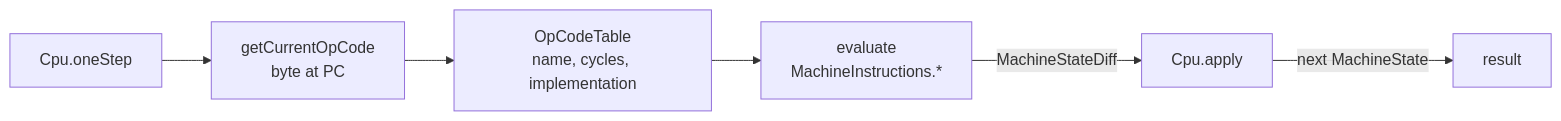
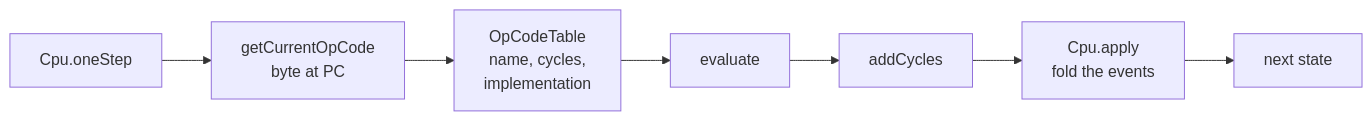
One commit to SamuelBucheliZ/elmulator changed the eighth of 11 diagrams in slides/slides.md. Above: the diagram before and after it, drawn with Mermaid. The commit also changed other lines of this file and 3 other files, not shown here.

First line of the commit message:
Slides: light theme, photo and diagrams, walk-through with code, reordered introductions

````diff
--- a/slides/slides.md
+++ b/slides/slides.md
@@ -645,8 +1070,5 @@
 ```mermaid
+%%{init: {'themeVariables': {'fontSize': '16px'}}}%%
 flowchart LR
-    C[Cpu.oneStep] --> F[getCurrentOpCode<br/>byte at PC]
-    F --> T[OpCodeTable<br/>name, cycles, implementation]
-    T --> E[evaluate<br/>MachineInstructions.*]
-    E -->|MachineStateDiff| A[Cpu.apply]
-    A -->|next MachineState| R[result]
+    C[Cpu.oneStep] --> F[getCurrentOpCode<br/>byte at PC] --> T[OpCodeTable<br/>name, cycles,<br/>implementation] --> E[evaluate] --> AC[addCycles] --> A[Cpu.apply<br/>fold the events] --> R[next state]
 ```
````
